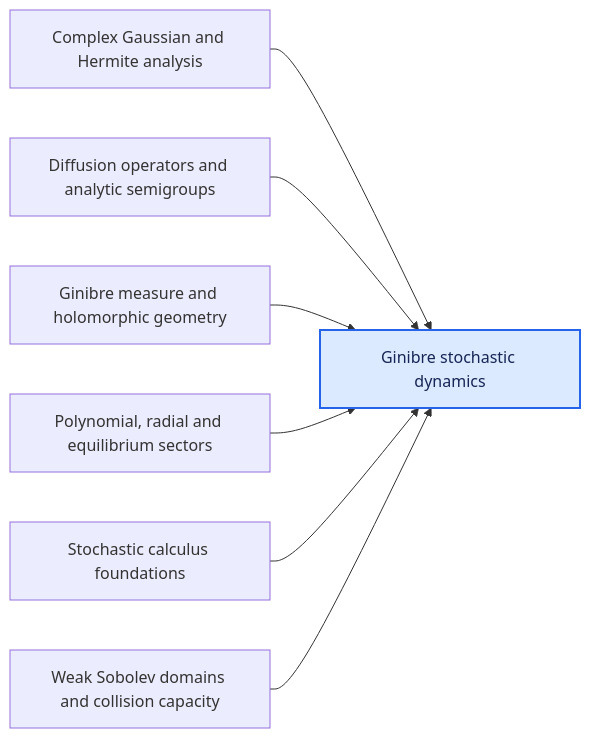
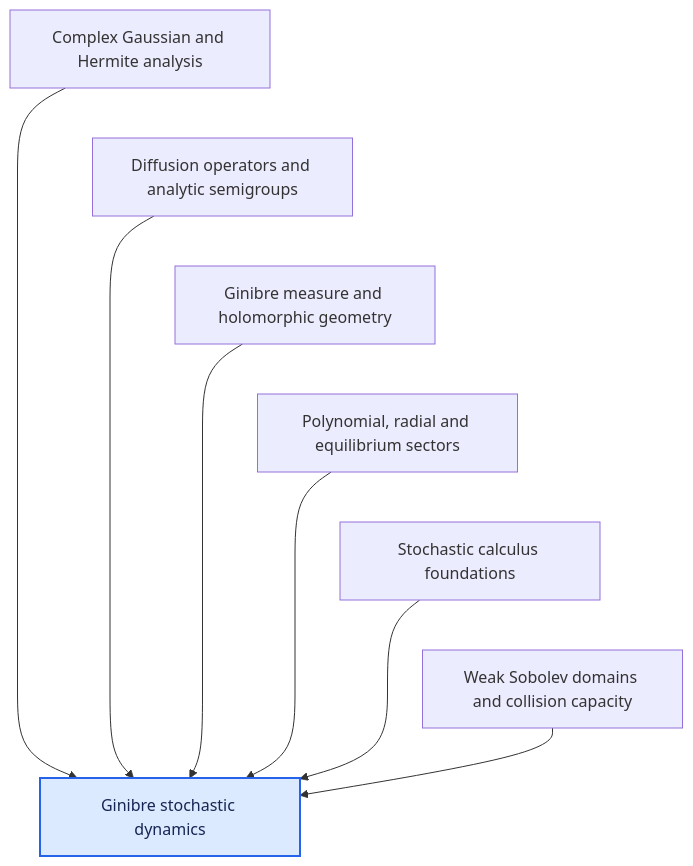
The ninth of 12 diagrams in DEPENDENCIES.md (djalilchafai/ginibre-poincare), drawn with Mermaid before and after one commit. The commit also changed other lines of this file and 44 other files, not shown here.

Commit message:
Make dependency diagrams vertical and add GitHub Pages deployment

````diff
--- a/DEPENDENCIES.md
+++ b/DEPENDENCIES.md
@@ -202,11 +242,16 @@
 ```mermaid
-flowchart LR
+flowchart TB
   ComplexGaussianHermite["Complex Gaussian and Hermite analysis"] --> StochasticDynamics["Ginibre stochastic dynamics"]
   GeneratorSemigroup["Diffusion operators and analytic semigroups"] --> StochasticDynamics["Ginibre stochastic dynamics"]
   GinibreMeasureGeometry["Ginibre measure and holomorphic geometry"] --> StochasticDynamics["Ginibre stochastic dynamics"]
   PolynomialRadial["Polynomial, radial and equilibrium sectors"] --> StochasticDynamics["Ginibre stochastic dynamics"]
   StochasticCalculus["Stochastic calculus foundations"] --> StochasticDynamics["Ginibre stochastic dynamics"]
   WeakSobolev["Weak Sobolev domains and collision capacity"] --> StochasticDynamics["Ginibre stochastic dynamics"]
+  ComplexGaussianHermite ~~~ GeneratorSemigroup
+  GeneratorSemigroup ~~~ GinibreMeasureGeometry
+  GinibreMeasureGeometry ~~~ PolynomialRadial
+  PolynomialRadial ~~~ StochasticCalculus
+  StochasticCalculus ~~~ WeakSobolev
   classDef target fill:#dbeafe,stroke:#2563eb,stroke-width:2px,color:#172554;
   class StochasticDynamics target;
 ```
````
